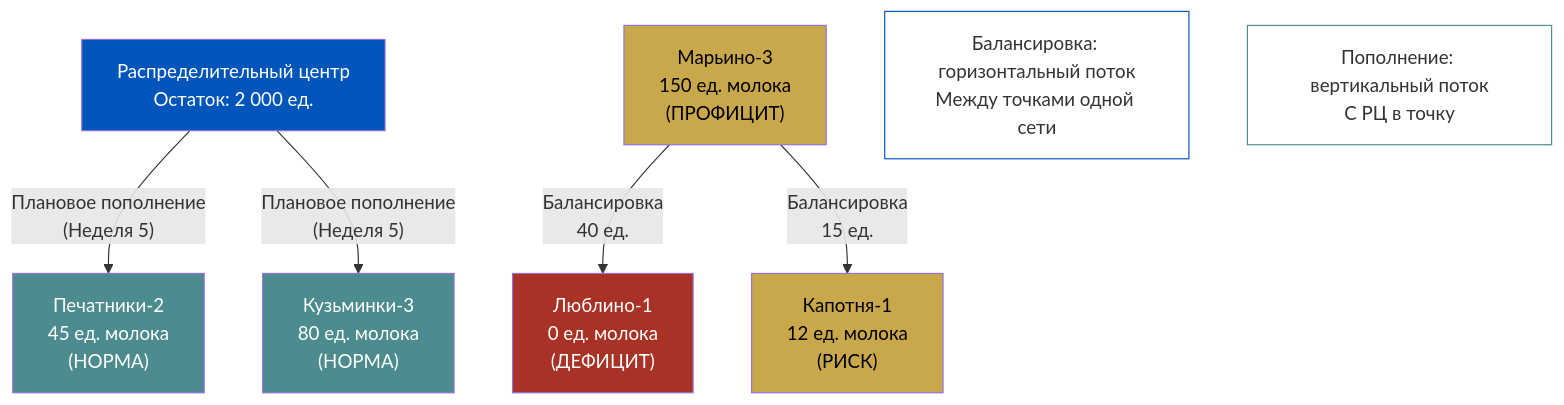
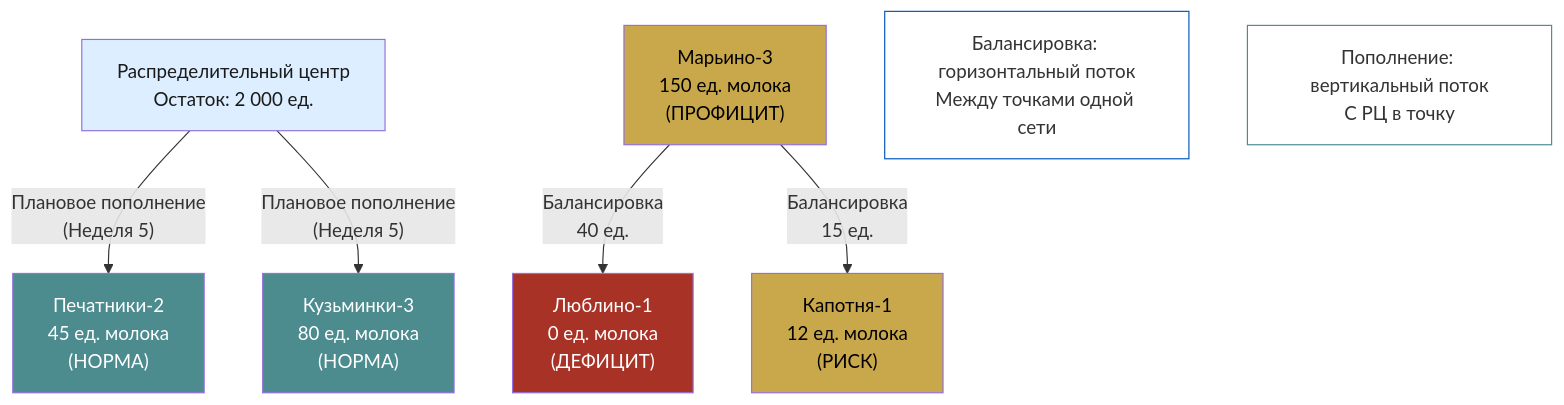
The first of 5 diagrams in content/1c-erp/week_7/Неделя 7 - День 1 - Балансировка стока.md (murad1986/1c-erp-quartz), drawn with Mermaid before and after one commit. The commit also changed other lines of this file and 57 other files, not shown here.

First line of the commit message:
fix: Mermaid — пастельные цвета в источниках диаграмм (56 файлов)

````diff
--- a/content/1c-erp/week_7/Неделя 7 - День 1 - Балансировка стока.md
+++ b/content/1c-erp/week_7/Неделя 7 - День 1 - Балансировка стока.md
@@ -53,30 +53,30 @@
 ```mermaid
 flowchart TD
     DC["Распределительный центр<br/>Остаток: 2 000 ед."]
 
-    style DC fill:#0055BB,color:#fff
+    style DC fill:#dceeff,color:#1a1a1a
 
     DS1["Марьино-3<br/>150 ед. молока<br/>(ПРОФИЦИТ)"]
     DS2["Люблино-1<br/>0 ед. молока<br/>(ДЕФИЦИТ)"]
     DS3["Печатники-2<br/>45 ед. молока<br/>(НОРМА)"]
     DS4["Капотня-1<br/>12 ед. молока<br/>(РИСК)"]
     DS5["Кузьминки-3<br/>80 ед. молока<br/>(НОРМА)"]
 
     style DS1 fill:#C9A84C,color:#000
     style DS2 fill:#A93226,color:#fff
     style DS3 fill:#4C8C8F,color:#fff
     style DS4 fill:#C9A84C,color:#000
     style DS5 fill:#4C8C8F,color:#fff
 
     DC -->|"Плановое пополнение<br/>(Неделя 5)"| DS3
     DC -->|"Плановое пополнение<br/>(Неделя 5)"| DS5
 
     DS1 -->|"Балансировка<br/>40 ед."| DS2
     DS1 -->|"Балансировка<br/>15 ед."| DS4
 
     note1["Балансировка: горизонтальный поток<br/>Между точками одной сети"]
     note2["Пополнение: вертикальный поток<br/>С РЦ в точку"]
 
     style note1 fill:#fff,stroke:#0055BB
     style note2 fill:#fff,stroke:#4C8C8F
 ```
````
